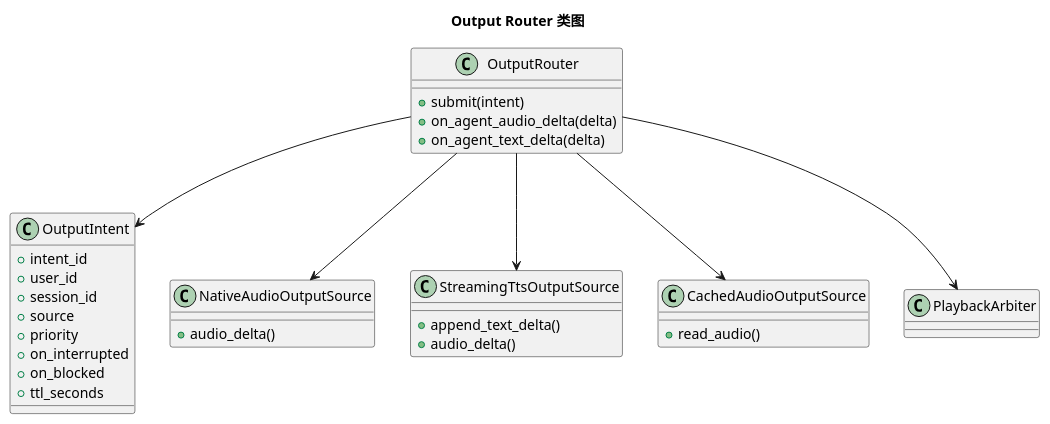
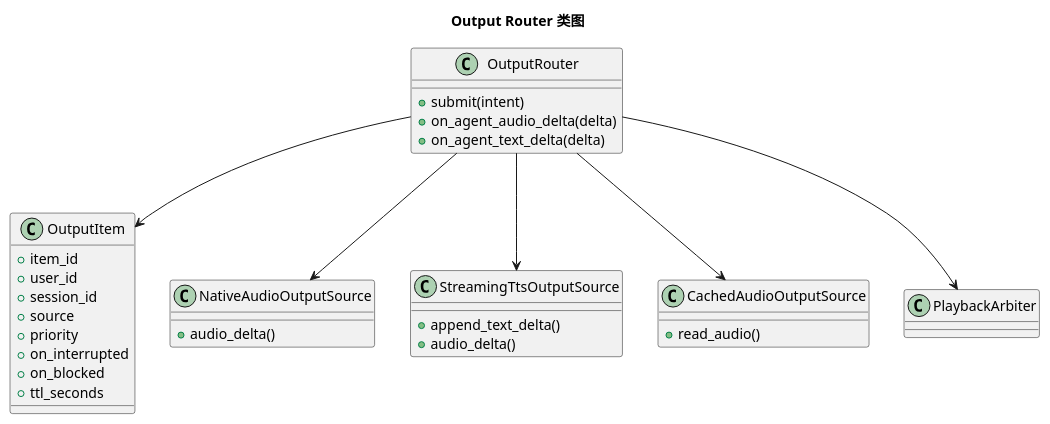
Before and after one commit to HengeLiu/RealtimeAgent: diagram 13 of 14 in audio-chat/docs/audio-chat-sdk-architecture.md, drawn with PlantUML. The commit also changed other lines of this file and 1 other file, not shown here.

````diff
--- a/audio-chat/docs/audio-chat-sdk-architecture.md
+++ b/audio-chat/docs/audio-chat-sdk-architecture.md
@@ -1734,43 +1852,43 @@
 ```plantuml
 @startuml
 title Output Router 类图
 
 class OutputRouter {
   +submit(intent)
   +on_agent_audio_delta(delta)
   +on_agent_text_delta(delta)
 }
 
-class OutputIntent {
-  +intent_id
+class OutputItem {
+  +item_id
   +user_id
   +session_id
   +source
   +priority
   +on_interrupted
   +on_blocked
   +ttl_seconds
 }
 
 class NativeAudioOutputSource {
   +audio_delta()
 }
 
 class StreamingTtsOutputSource {
   +append_text_delta()
   +audio_delta()
 }
 
 class CachedAudioOutputSource {
   +read_audio()
 }
 
 class PlaybackArbiter
 
-OutputRouter --> OutputIntent
+OutputRouter --> OutputItem
 OutputRouter --> NativeAudioOutputSource
 OutputRouter --> StreamingTtsOutputSource
 OutputRouter --> CachedAudioOutputSource
 OutputRouter --> PlaybackArbiter
 @enduml
 ```
````
